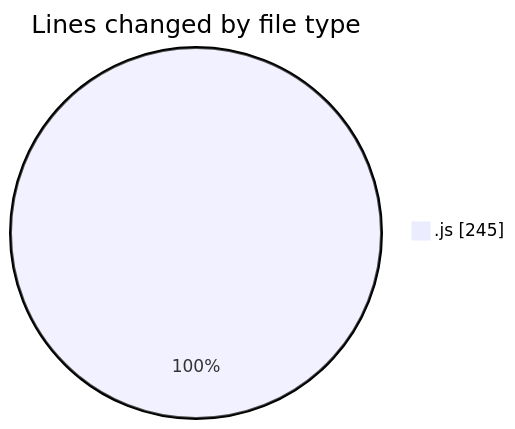
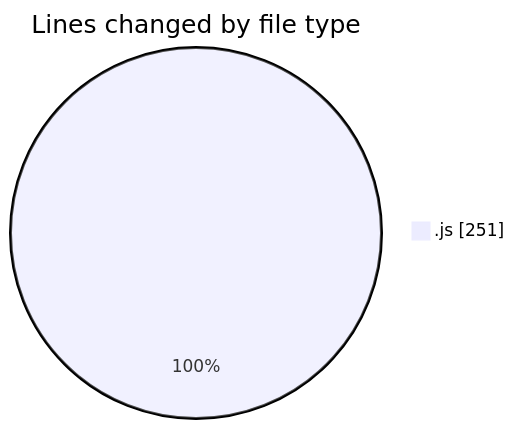
Before and after one commit to nxtqubesakshisongat/code-tracking: the first of 2 diagrams in 2025-05-31/nxtqube_webapp/README.md, drawn with Mermaid. The commit also changed other lines of this file and 1 other file, not shown here.

````diff
--- a/2025-05-31/nxtqube_webapp/README.md
+++ b/2025-05-31/nxtqube_webapp/README.md
@@ -22,5 +22,5 @@
 ```mermaid
 pie showData
 title Lines changed by file type
-".js" : 245
+".js" : 251
 ```
````
